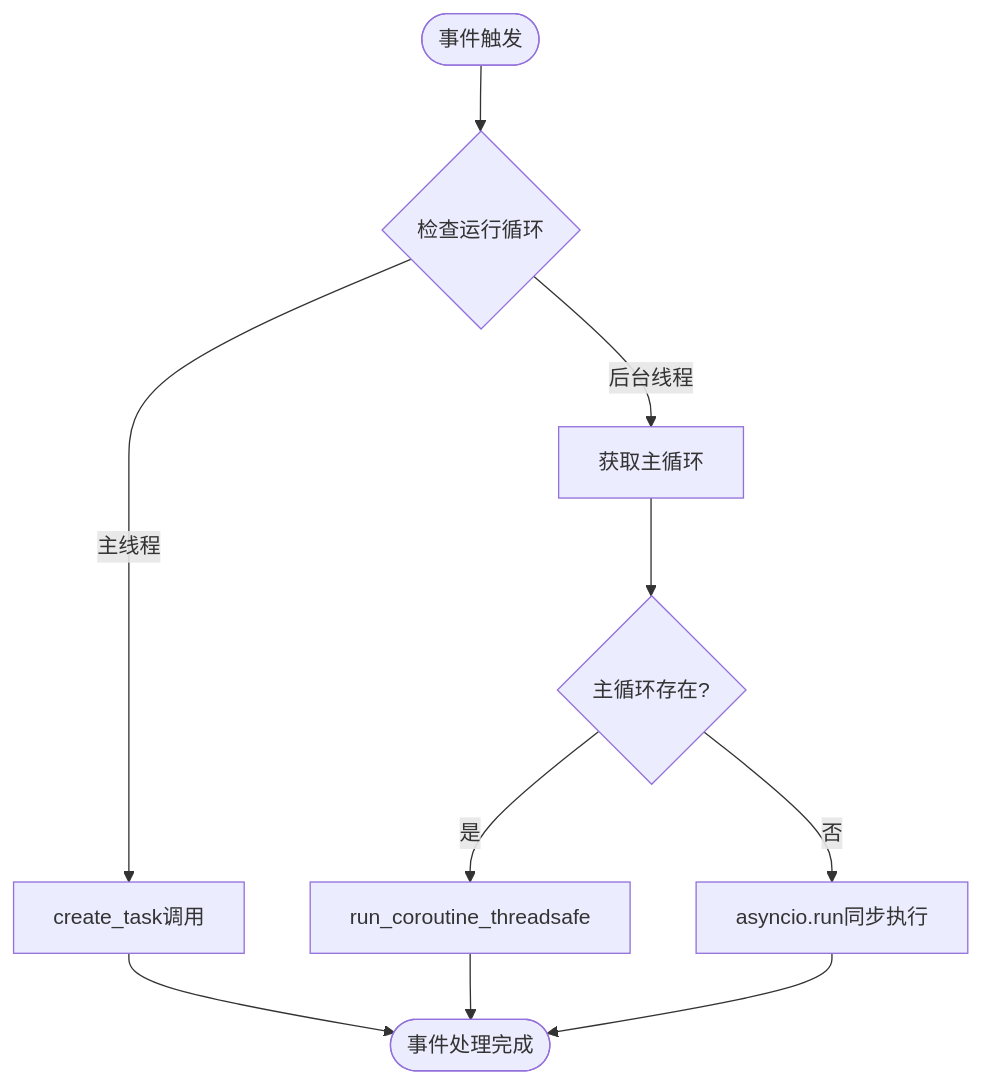
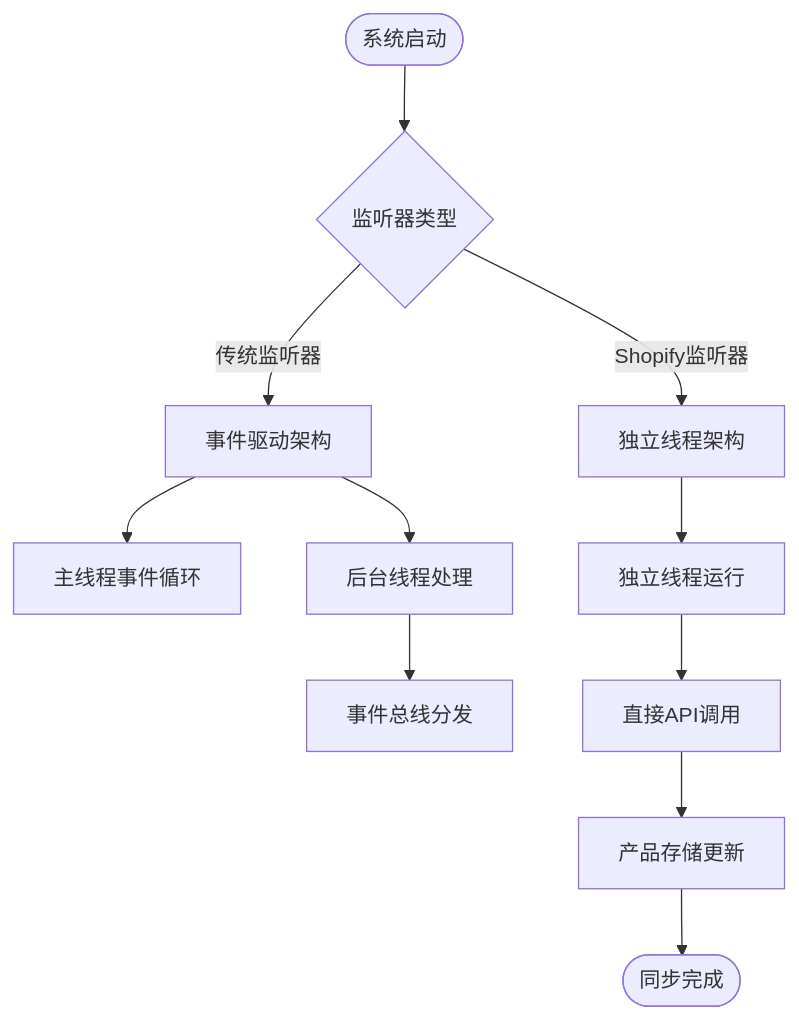
The fourth of 11 diagrams in .qoder/repowiki/zh/content/系统架构/事件驱动系统/事件监听器架构.md (angledick/-), drawn with Mermaid before and after one commit. The commit also changed other lines of this file and 313 other files, not shown here.

````diff
--- a/.qoder/repowiki/zh/content/系统架构/事件驱动系统/事件监听器架构.md
+++ b/.qoder/repowiki/zh/content/系统架构/事件驱动系统/事件监听器架构.md
@@ -182,12 +230,13 @@
 ```mermaid
 flowchart TD
-Start([事件触发]) --> CheckLoop{检查运行循环}
-CheckLoop --> |主线程| CreateTask[create_task调用]
-CheckLoop --> |后台线程| GetMainLoop[获取主循环]
-GetMainLoop --> HasLoop{主循环存在?}
-HasLoop --> |是| RunSafe[run_coroutine_threadsafe]
-HasLoop --> |否| RunSync[asyncio.run同步执行]
-CreateTask --> End([事件处理完成])
-RunSafe --> End
-RunSync --> End
+Start([系统启动]) --> CheckType{监听器类型}
+CheckType --> |传统监听器| EventDriven[事件驱动架构]
+CheckType --> |Shopify监听器| ThreadArch[独立线程架构]
+EventDriven --> MainThread[主线程事件循环]
+EventDriven --> BackgroundThread[后台线程处理]
+BackgroundThread --> EventBus[事件总线分发]
+ThreadArch --> SeparateThread[独立线程运行]
+SeparateThread --> DirectAPI[直接API调用]
+DirectAPI --> ProductStorage[产品存储更新]
+ProductStorage --> End([同步完成])
 ```
````
